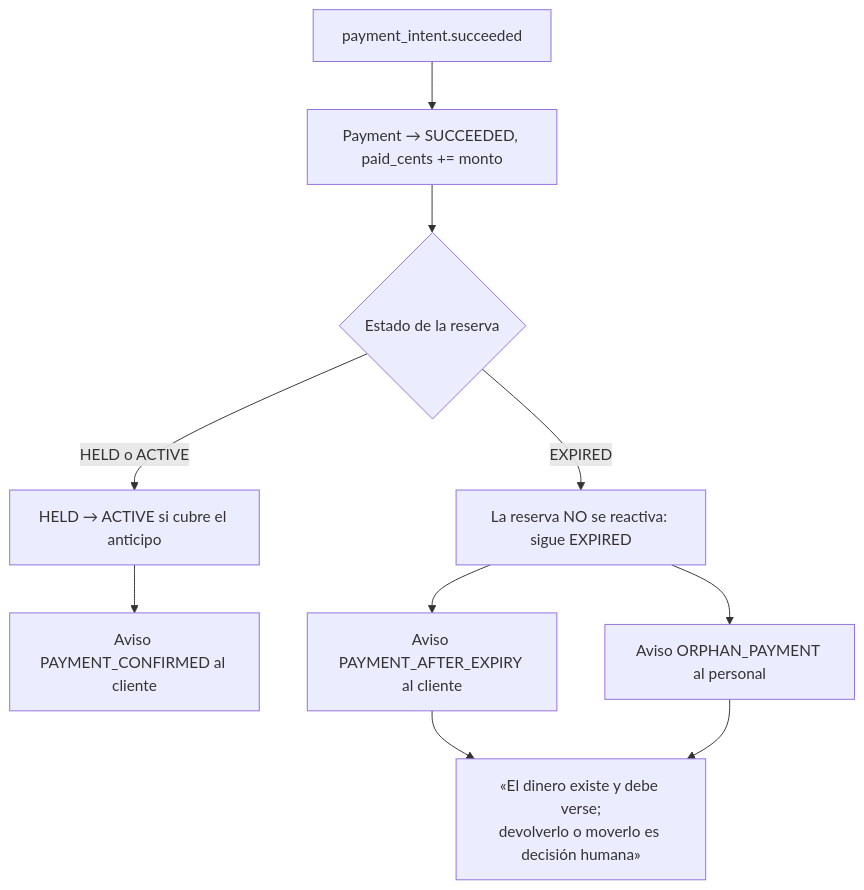
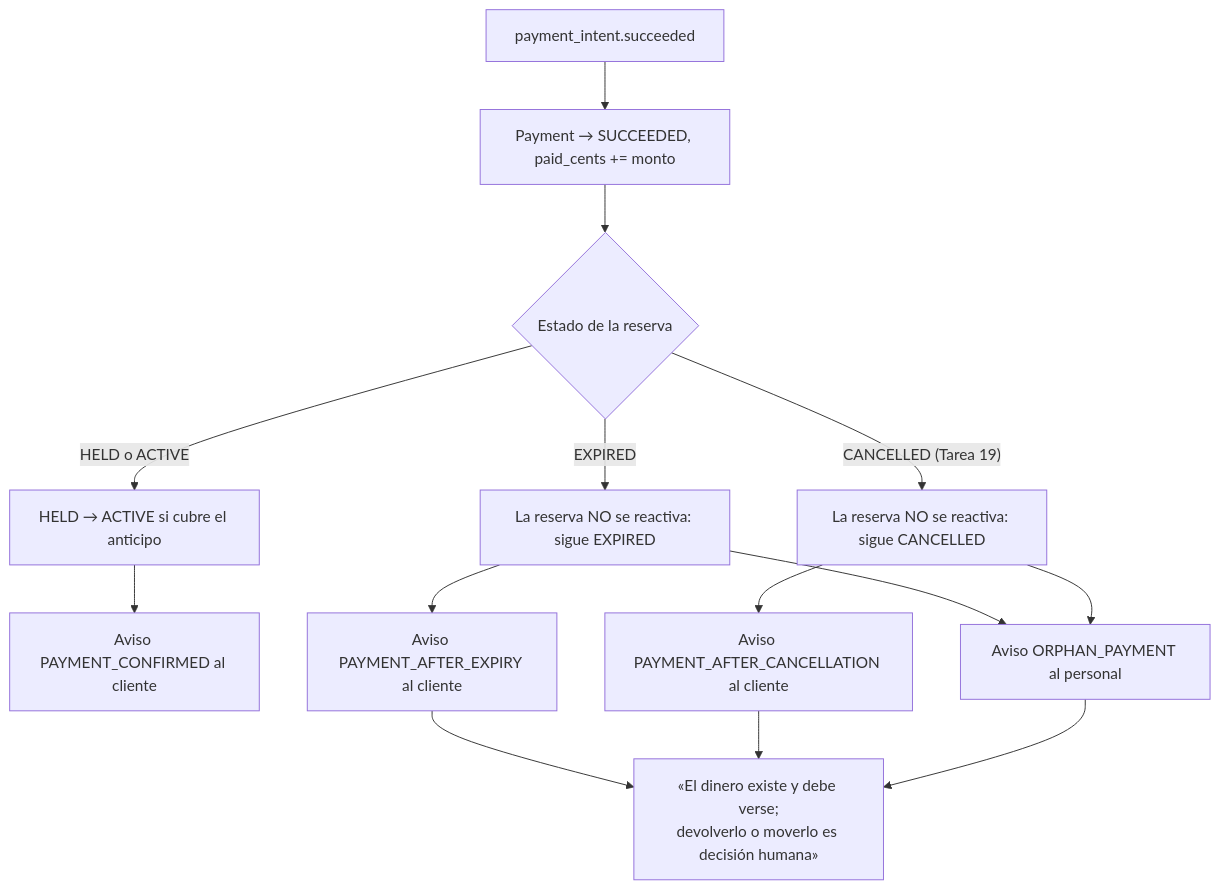
Before and after one commit to erickgs2/ruta_mochilera: the fifth of 5 diagrams in docs/diagrams/payment-flow.md, drawn with Mermaid. The commit also changed other lines of this file and 41 other files, not shown here.

````diff
--- a/docs/diagrams/payment-flow.md
+++ b/docs/diagrams/payment-flow.md
@@ -125,12 +125,16 @@
 ```mermaid
 flowchart TD
     A["payment_intent.succeeded"] --> B["Payment → SUCCEEDED, paid_cents += monto"]
     B --> C{"Estado de la reserva"}
     C -- "HELD o ACTIVE" --> D["HELD → ACTIVE si cubre el anticipo"]
     D --> E["Aviso PAYMENT_CONFIRMED al cliente"]
     C -- "EXPIRED" --> F["La reserva NO se reactiva: sigue EXPIRED"]
     F --> G["Aviso PAYMENT_AFTER_EXPIRY al cliente"]
     F --> H["Aviso ORPHAN_PAYMENT al personal"]
+    C -- "CANCELLED (Tarea 19)" --> F2["La reserva NO se reactiva: sigue CANCELLED"]
+    F2 --> G2["Aviso PAYMENT_AFTER_CANCELLATION al cliente"]
+    F2 --> H
     G --> I["«El dinero existe y debe verse;<br/>devolverlo o moverlo es decisión humana»"]
+    G2 --> I
     H --> I
 ```
````
